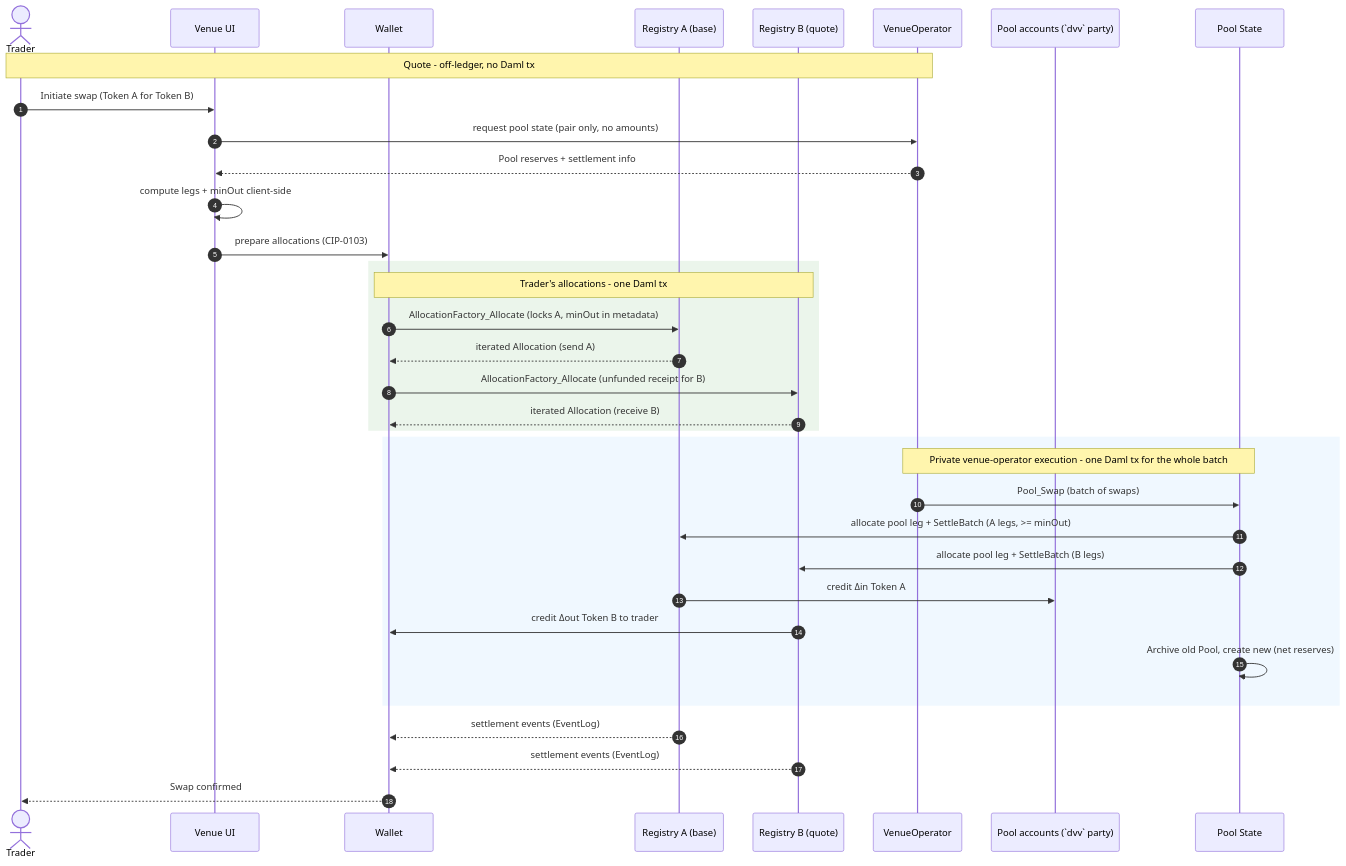
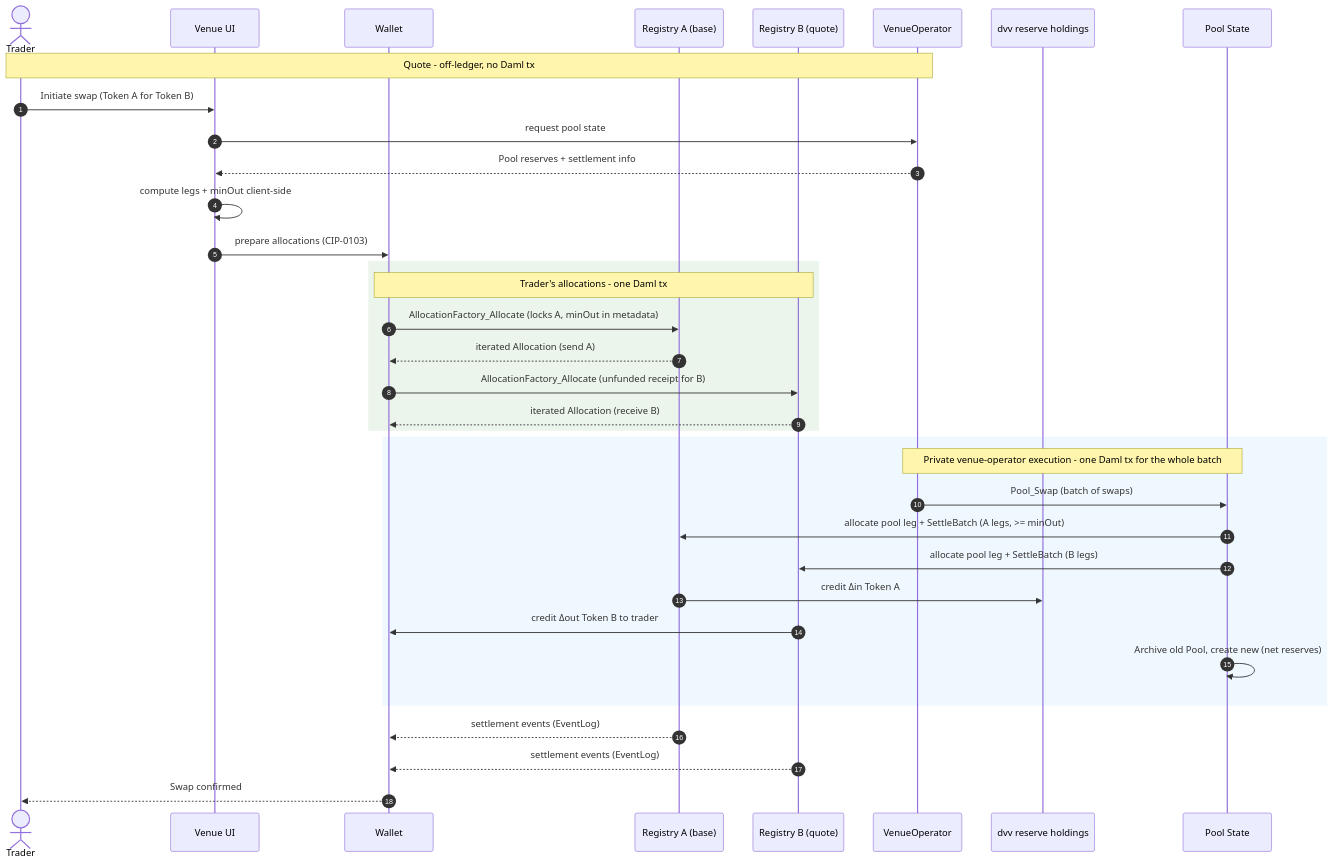
The fourth of 4 diagrams in docs/reference-architectures/dex.md (OpenZeppelin/canton-specs), drawn with Mermaid before and after one commit. The commit also changed other lines of this file, not shown here.

````diff
--- a/docs/reference-architectures/dex.md
+++ b/docs/reference-architectures/dex.md
@@ -441,39 +437,39 @@
 ```mermaid
 sequenceDiagram
     autonumber
     actor Trader
     participant VenueUI as Venue UI
     participant Wallet
     participant RegA as Registry A (base)
     participant RegB as Registry B (quote)
     participant VenueOperator
-    participant PoolAcct as Pool accounts (`dvv` party)
+    participant PoolAcct as dvv reserve holdings
     participant PoolContract as Pool State
 
     Note over Trader, VenueOperator: Quote - off-ledger, no Daml tx
     Trader->>VenueUI: Initiate swap (Token A for Token B)
-    VenueUI->>VenueOperator: request pool state (pair only, no amounts)
+    VenueUI->>VenueOperator: request pool state
     VenueOperator-->>VenueUI: Pool reserves + settlement info
     VenueUI->>VenueUI: compute legs + minOut client-side
     VenueUI->>Wallet: prepare allocations (CIP-0103)
     rect rgb(235, 245, 235)
     Note over Wallet, RegB: Trader's allocations - one Daml tx
     Wallet->>RegA: AllocationFactory_Allocate (locks A, minOut in metadata)
     RegA-->>Wallet: iterated Allocation (send A)
     Wallet->>RegB: AllocationFactory_Allocate (unfunded receipt for B)
     RegB-->>Wallet: iterated Allocation (receive B)
     end
     rect rgb(240, 248, 255)
     Note over VenueOperator, PoolContract: Private venue-operator execution - one Daml tx for the whole batch
     VenueOperator->>PoolContract: Pool_Swap (batch of swaps)
     PoolContract->>RegA: allocate pool leg + SettleBatch (A legs, >= minOut)
     PoolContract->>RegB: allocate pool leg + SettleBatch (B legs)
     RegA->>PoolAcct: credit Δin Token A
     RegB->>Wallet: credit Δout Token B to trader
     PoolContract->>PoolContract: Archive old Pool, create new (net reserves)
     end
 
     RegA-->>Wallet: settlement events (EventLog)
     RegB-->>Wallet: settlement events (EventLog)
     Wallet-->>Trader: Swap confirmed
 ```
````
